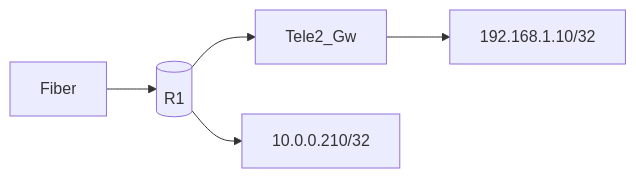
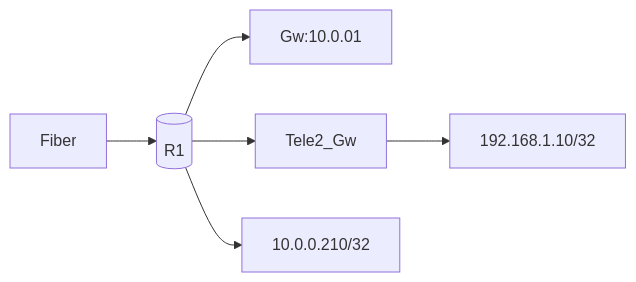
Before and after one commit to notkasim/DOCS: the second of 2 diagrams in Topology.md, drawn with Mermaid.

````diff
--- a/Topology.md
+++ b/Topology.md
@@ -20,8 +20,9 @@
 ```mermaid
 graph LR;
     id3[(R1)]
+    id3-->Gw:10.0.01
     Fiber-->id3;
     id3-->Tele2_Gw
     id3-->10.0.0.210/32
     Tele2_Gw-->192.168.1.10/32
 ```
````
